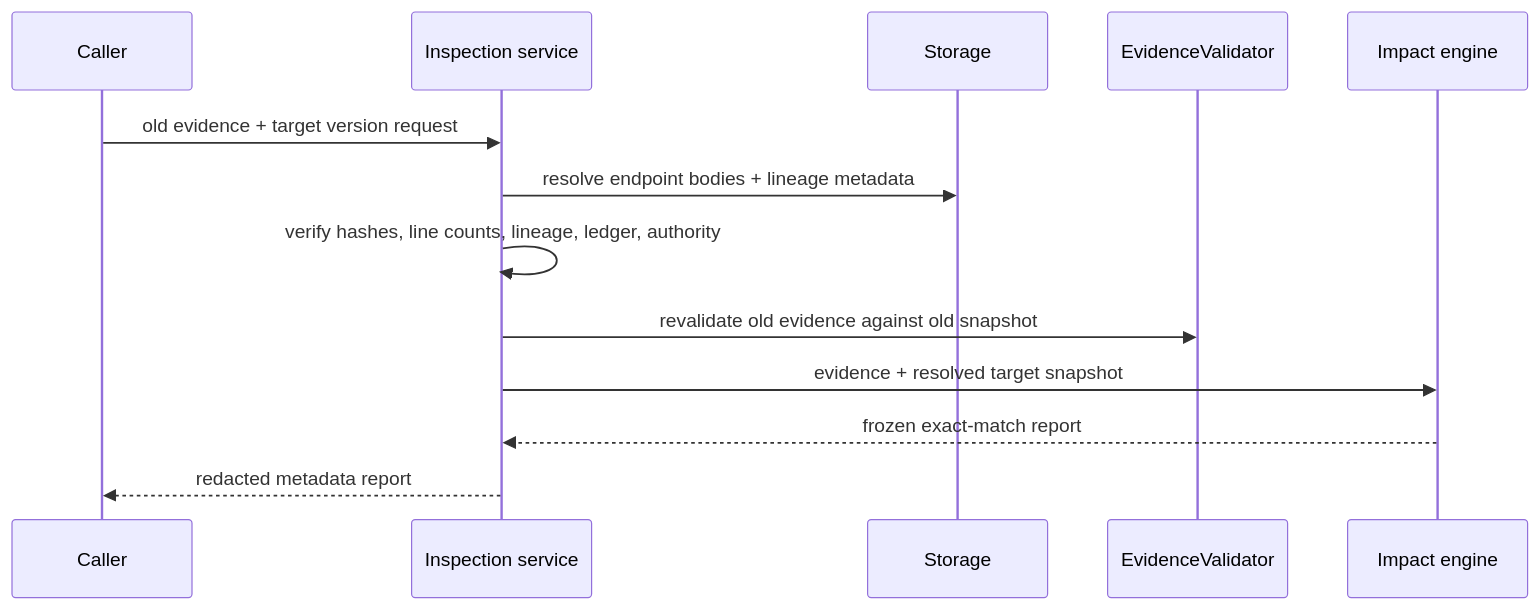
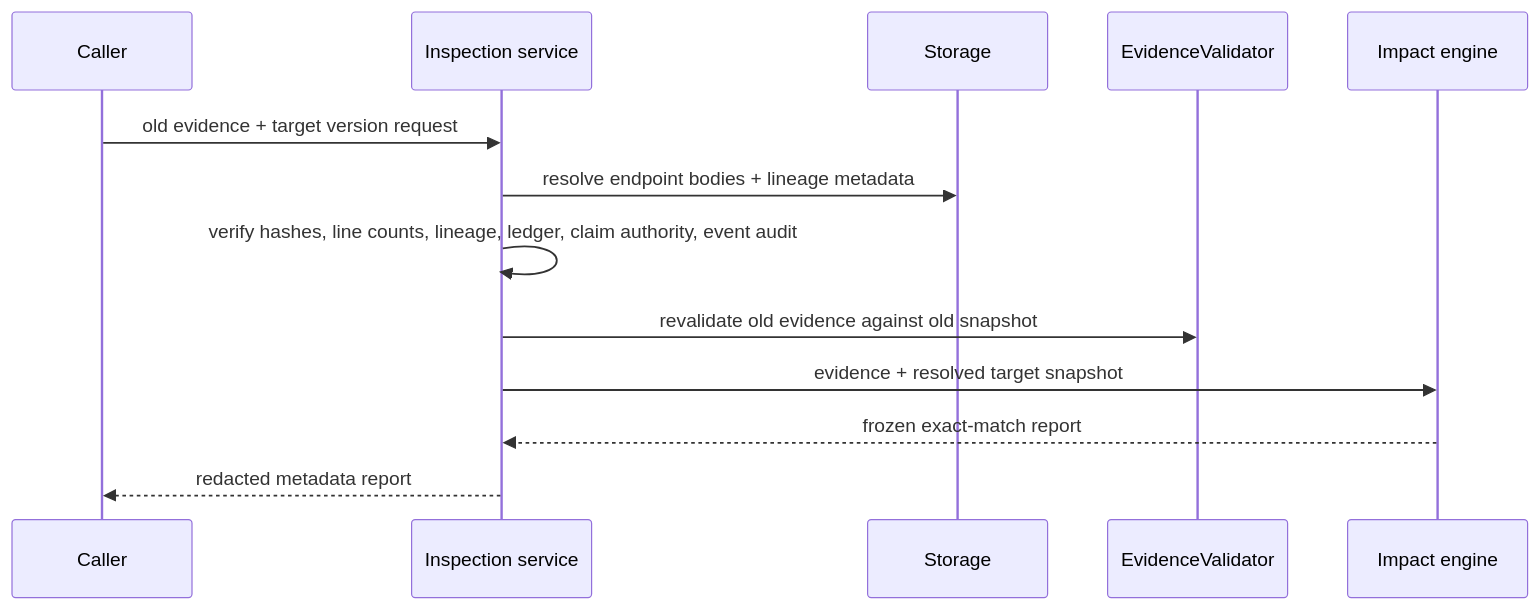
Before and after one commit to Lorenzo-Holmes/ContinuityForge: the fourth of 4 diagrams in docs/ARCHITECTURE.md, drawn with Mermaid. The commit also changed other lines of this file and 38 other files, not shown here.

````diff
--- a/docs/ARCHITECTURE.md
+++ b/docs/ARCHITECTURE.md
@@ -115,16 +115,16 @@
 ```mermaid
 sequenceDiagram
     participant C as Caller
     participant IS as Inspection service
     participant S as Storage
     participant EV as EvidenceValidator
     participant IM as Impact engine
 
     C->>IS: old evidence + target version request
     IS->>S: resolve endpoint bodies + lineage metadata
-    IS->>IS: verify hashes, line counts, lineage, ledger, authority
+    IS->>IS: verify hashes, line counts, lineage, ledger, claim authority, event audit
     IS->>EV: revalidate old evidence against old snapshot
     IS->>IM: evidence + resolved target snapshot
     IM-->>IS: frozen exact-match report
     IS-->>C: redacted metadata report
 ```
````
